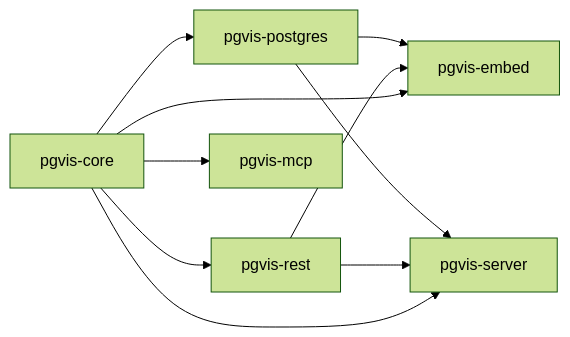
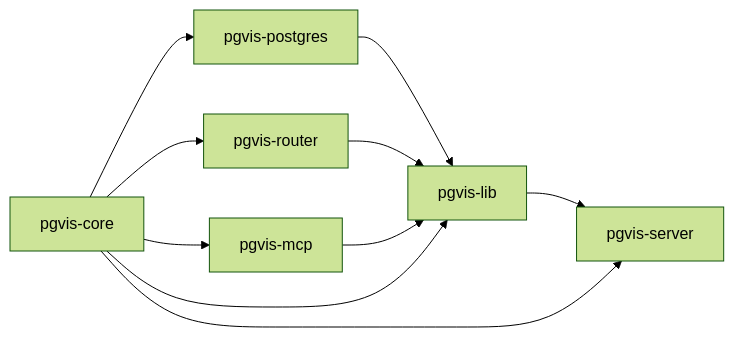
The second of 2 diagrams in arch/README.md (storyvis/pgvis), drawn with Mermaid (forest theme) before and after one commit. The commit also changed other lines of this file and 8 other files, not shown here.

First line of the commit message:
docs(arch): sync architecture docs with current code

````diff
--- a/arch/README.md
+++ b/arch/README.md
@@ -60,12 +60,12 @@
 ```mermaid
 flowchart LR
     core[pgvis-core] --> pg[pgvis-postgres]
-    core --> rest[pgvis-rest]
+    core --> router[pgvis-router]
     core --> mcp[pgvis-mcp]
-    pg --> embed[pgvis-embed]
-    rest --> embed
-    core --> embed
-    pg --> server[pgvis-server]
-    rest --> server
+    pg --> lib[pgvis-lib]
+    router --> lib
+    mcp --> lib
+    core --> lib
+    lib --> server[pgvis-server]
     core --> server
 ```
````
